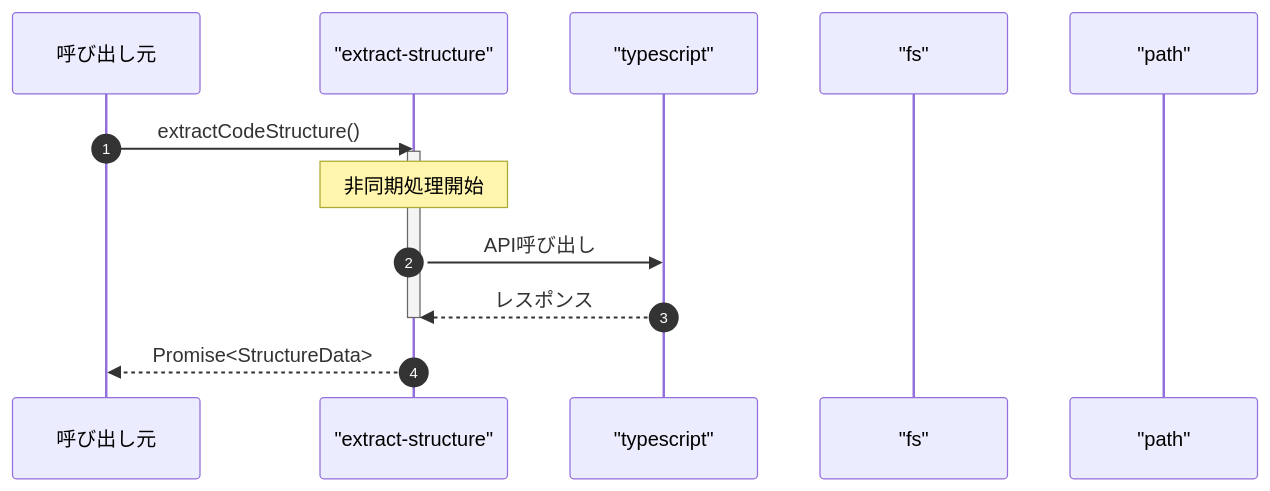
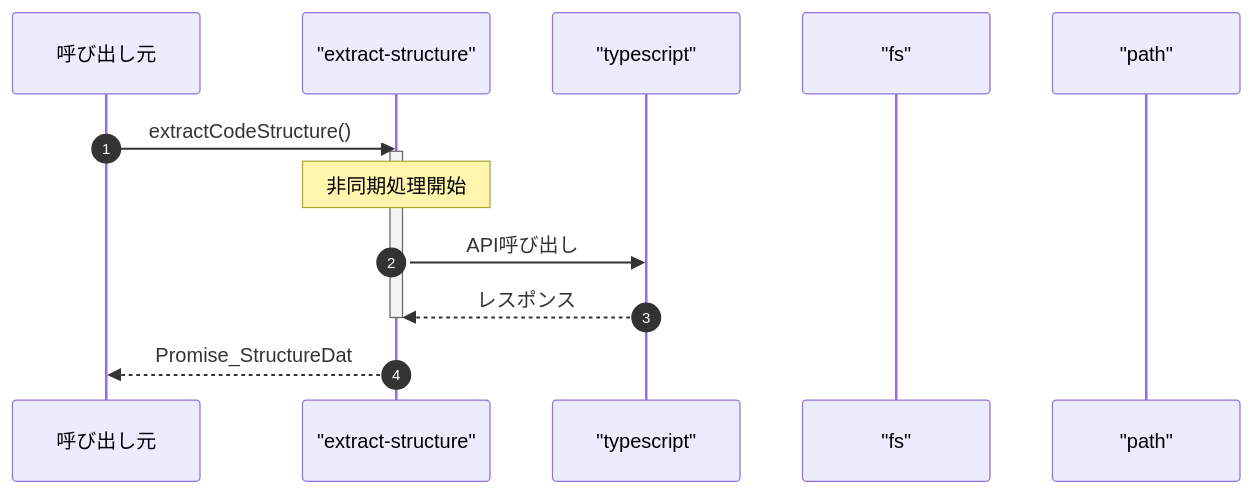
One commit to Mekann2904/mekann changed the third of 3 diagrams in ABDD/.pi/extensions/code-structure-analyzer/tools/extract-structure.md. Above: the diagram before and after it, drawn with Mermaid. The commit also changed other lines of this file and 174 other files, not shown here.

First line of the commit message:
fix(docs): ABDDのMermaid図生成エラーを修正する

````diff
--- a/ABDD/.pi/extensions/code-structure-analyzer/tools/extract-structure.md
+++ b/ABDD/.pi/extensions/code-structure-analyzer/tools/extract-structure.md
@@ -182,17 +182,17 @@
 ```mermaid
 sequenceDiagram
   autonumber
   participant Caller as 呼び出し元
   participant extract_structure as "extract-structure"
   participant typescript as "typescript"
   participant fs as "fs"
   participant path as "path"
 
   Caller->>extract_structure: extractCodeStructure()
   activate extract_structure
   Note over extract_structure: 非同期処理開始
   extract_structure->>typescript: API呼び出し
   typescript-->>extract_structure: レスポンス
   deactivate extract_structure
-  extract_structure-->>Caller: Promise<StructureData>
+  extract_structure-->>Caller: Promise_StructureDat
 ```
````
